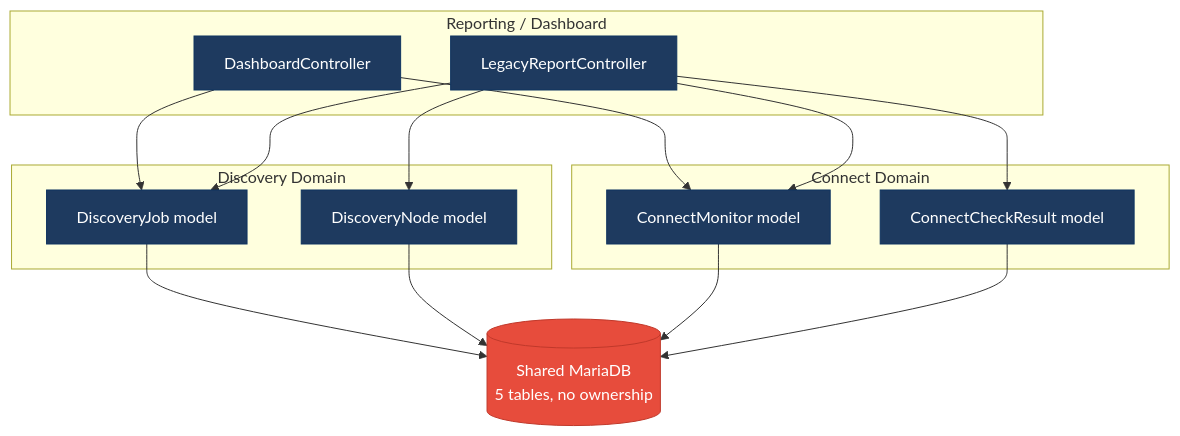
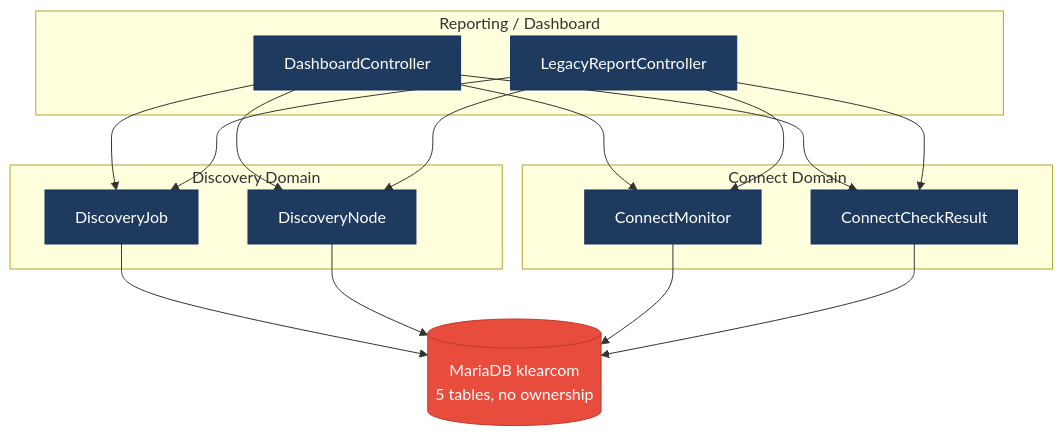
Before and after one commit to shende-shweta/FSDKC: the third of 5 diagrams in docs/discovery/01-architecture-design.md, drawn with Mermaid. The commit also changed other lines of this file and 1 other file, not shown here.

Commit message:
docs(discovery): add report files (2026-07-14_14-26-44)

````diff
--- a/docs/discovery/01-architecture-design.md
+++ b/docs/discovery/01-architecture-design.md
@@ -491,24 +409,23 @@
 ```mermaid
 flowchart TD
-  subgraph DISC["Discovery Domain"]
-    DJ["DiscoveryJob model"]
-    DN["DiscoveryNode model"]
+  subgraph D1["Discovery Domain"]
+    M1["DiscoveryJob"]
+    M2["DiscoveryNode"]
   end
-  subgraph CONN["Connect Domain"]
-    CM["ConnectMonitor model"]
-    CCR["ConnectCheckResult model"]
+  subgraph D2["Connect Domain"]
+    M3["ConnectMonitor"]
+    M4["ConnectCheckResult"]
   end
-  subgraph RPT["Reporting / Dashboard"]
+  subgraph D3["Reporting / Dashboard"]
     DC["DashboardController"]
-    LRC["LegacyReportController"]
+    LR["LegacyReportController"]
   end
-  DB[("Shared MariaDB<br/>5 tables, no ownership")]
-  DJ & DN --> DB
-  CM & CCR --> DB
-  DC --> DJ & CM
-  LRC --> DJ & DN & CM & CCR
+  DB[("MariaDB klearcom<br/>5 tables, no ownership")]
+  M1 & M2 & M3 & M4 --> DB
+  DC --> M1 & M2 & M3 & M4
+  LR --> M1 & M2 & M3 & M4
   classDef domain fill:#1e3a5f,stroke:#0f3460,color:#fff
   classDef shared fill:#e74c3c,stroke:#c0392b,color:#fff
-  class DJ,DN,CM,CCR,DC,LRC domain
+  class M1,M2,M3,M4,DC,LR domain
   class DB shared
 ```
````
